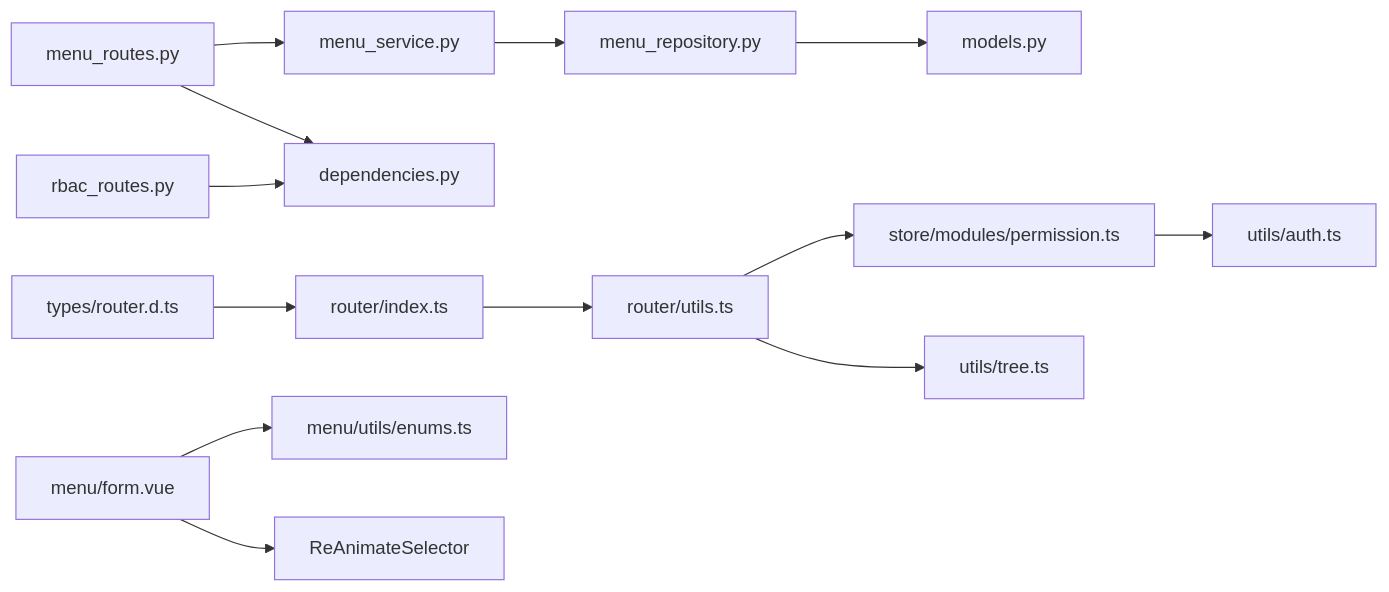
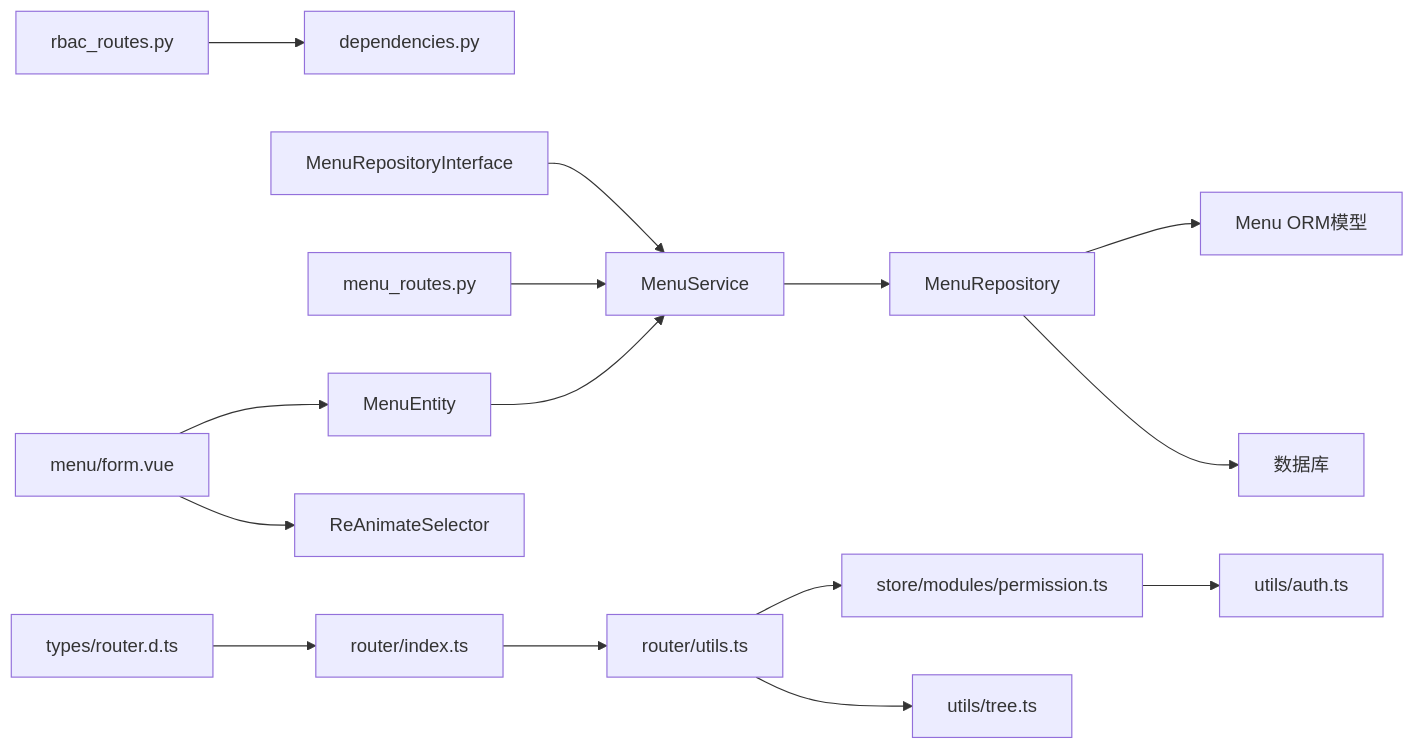
One commit to taoweidong/Hello-FastApi changed the ninth of 10 diagrams in .qoder/repowiki/zh/content/项目概述/核心特性/动态菜单生成.md. Above: the diagram before and after it, drawn with Mermaid. The commit also changed other lines of this file and 18 other files, not shown here.

````diff
--- a/.qoder/repowiki/zh/content/项目概述/核心特性/动态菜单生成.md
+++ b/.qoder/repowiki/zh/content/项目概述/核心特性/动态菜单生成.md
@@ -453,15 +507,17 @@
 ```mermaid
 graph LR
-MR["menu_routes.py"] --> MS["menu_service.py"]
-MS --> IR["menu_repository.py"]
-IR --> DM["models.py"]
-MR --> AD["dependencies.py"]
-RR["rbac_routes.py"] --> AD
+ME["MenuEntity"] --> MS["MenuService"]
+MRI["MenuRepositoryInterface"] --> MS
+MS --> MR["MenuRepository"]
+MR --> M["Menu ORM模型"]
+MR --> DB["数据库"]
+API["menu_routes.py"] --> MS
+RBAC["rbac_routes.py"] --> DEP["dependencies.py"]
 RI["router/index.ts"] --> RU["router/utils.ts"]
 RU --> PS["store/modules/permission.ts"]
 RU --> UT["utils/tree.ts"]
 PS --> AU["utils/auth.ts"]
-MF["menu/form.vue"] --> ME["menu/utils/enums.ts"]
+MF["menu/form.vue"] --> ME
 MF --> MA["ReAnimateSelector"]
 RT["types/router.d.ts"] --> RI
 ```
````
